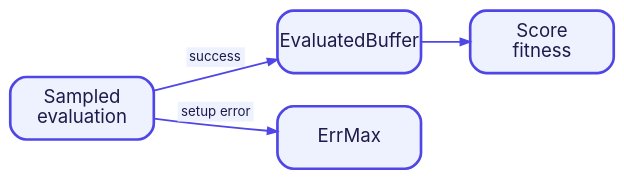
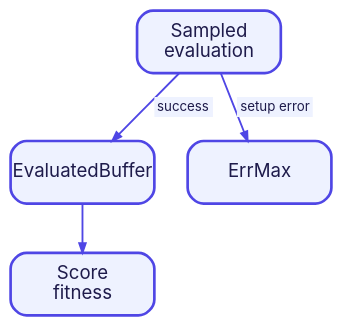
Before and after one commit to heal-research/operon: the diagram in docs/mkdocs/diagrams/evaluation.dot, drawn with Graphviz. The commit also changed 6 other files, not shown here.

Commit message:
Rebalance flow diagram layouts

```diff
--- a/docs/mkdocs/diagrams/evaluation.dot
+++ b/docs/mkdocs/diagrams/evaluation.dot
@@ -1,14 +1,14 @@
 digraph evaluation {
-  graph [rankdir=LR, bgcolor="transparent", nodesep=0.35, ranksep=0.5, pad=0.1];
+  graph [rankdir=TB, bgcolor="transparent", nodesep=0.35, ranksep=0.5, pad=0.1];
   node [shape=box, style="rounded,filled", fillcolor="#EEF2FF", color="#4F46E5", penwidth=2, fontname="Inter", fontsize=14, fontcolor="#1E1B4B", width=1.5, height=0.65, fixedsize=true];
   edge [color="#4F46E5", penwidth=1.4, arrowsize=0.7, fontname="Inter", fontsize=10, fontcolor="#312E81"];
 
   evaluate [label="Sampled\nevaluation"];
   buffer [label="EvaluatedBuffer"];
   score [label="Score\nfitness"];
   error [label="ErrMax"];
 
   evaluate -> buffer [label=<<TABLE BORDER="0" CELLBORDER="0" CELLSPACING="0" CELLPADDING="2" BGCOLOR="#EEF2FF"><TR><TD><FONT COLOR="#1E1B4B">success</FONT></TD></TR></TABLE>>];
   buffer -> score;
   evaluate -> error [label=<<TABLE BORDER="0" CELLBORDER="0" CELLSPACING="0" CELLPADDING="2" BGCOLOR="#EEF2FF"><TR><TD><FONT COLOR="#1E1B4B">setup error</FONT></TD></TR></TABLE>>];
 }
```
